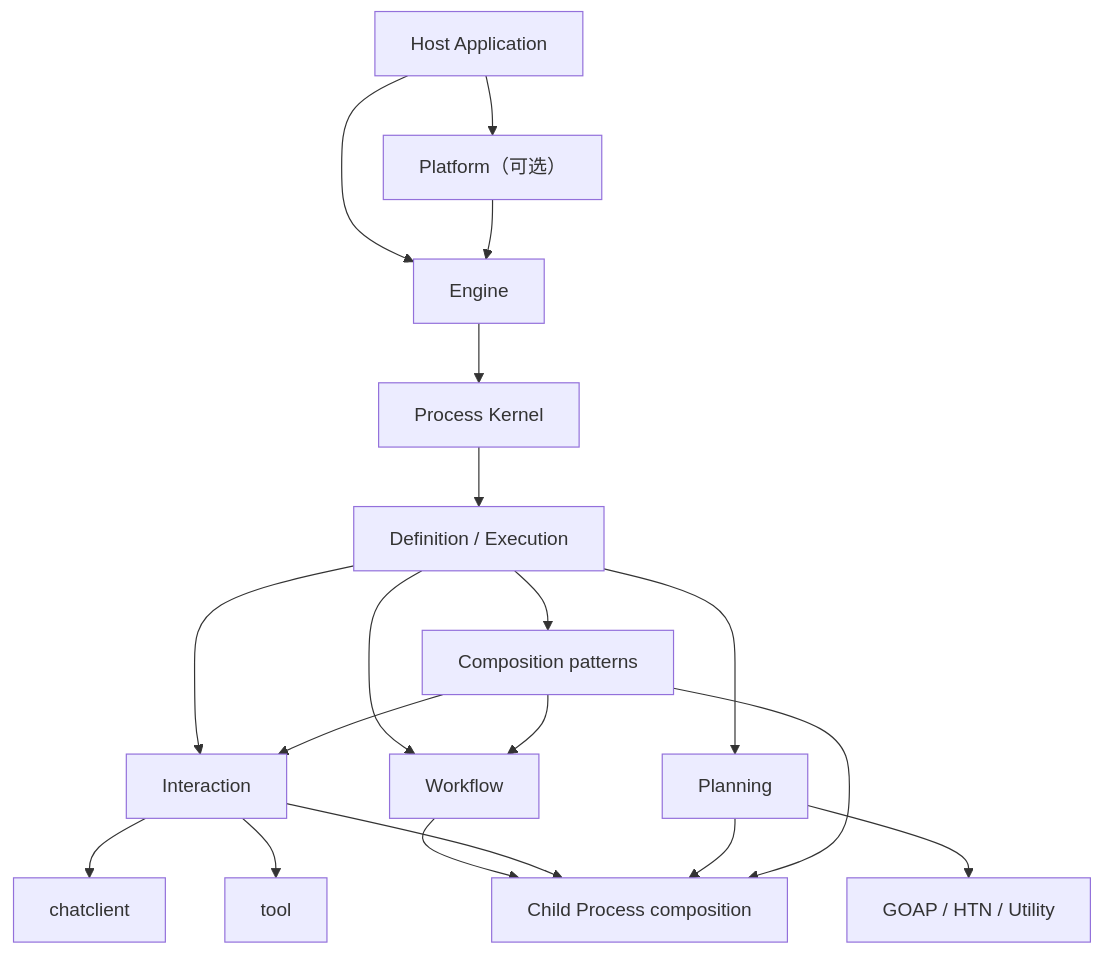
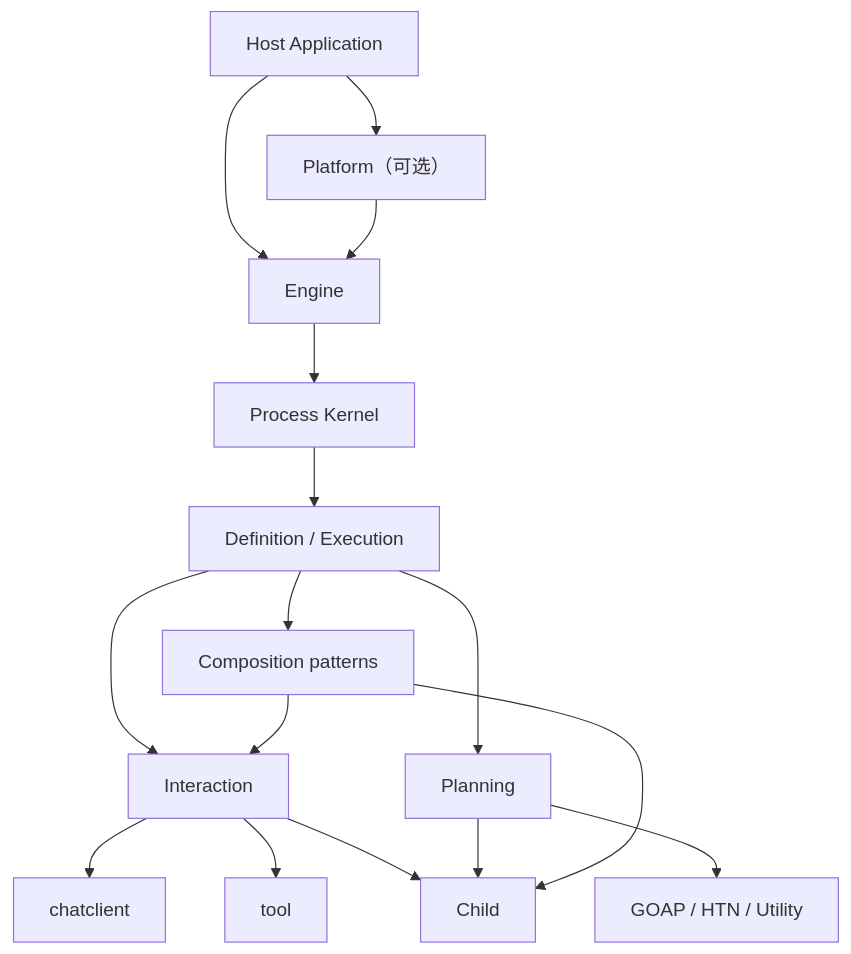
Before and after one commit to Tangerg/lynx: the diagram in agent2/doc/ARCHITECTURE.md, drawn with Mermaid. The commit also changed other lines of this file and 5 other files, not shown here.

Commit message:
docs(agent2): pause workflow design for flow audit

````diff
--- a/agent2/doc/ARCHITECTURE.md
+++ b/agent2/doc/ARCHITECTURE.md
@@ -195,21 +195,18 @@
 ```mermaid
 flowchart TD
     Host["Host Application"] --> Platform["Platform（可选）"]
     Host --> Engine["Engine"]
     Platform --> Engine
     Engine --> Kernel["Process Kernel"]
     Kernel --> Definition["Definition / Execution"]
     Definition --> Interaction["Interaction"]
     Definition --> Planning["Planning"]
-    Definition --> Workflow["Workflow"]
     Definition --> Patterns["Composition patterns"]
     Interaction --> ChatClient["chatclient"]
     Interaction --> Tool["tool"]
     Planning --> Planner["GOAP / HTN / Utility"]
-    Workflow --> Child["Child Process composition"]
     Interaction --> Child
     Planning --> Child
     Patterns --> Interaction
-    Patterns --> Workflow
     Patterns --> Child
 ```
````
